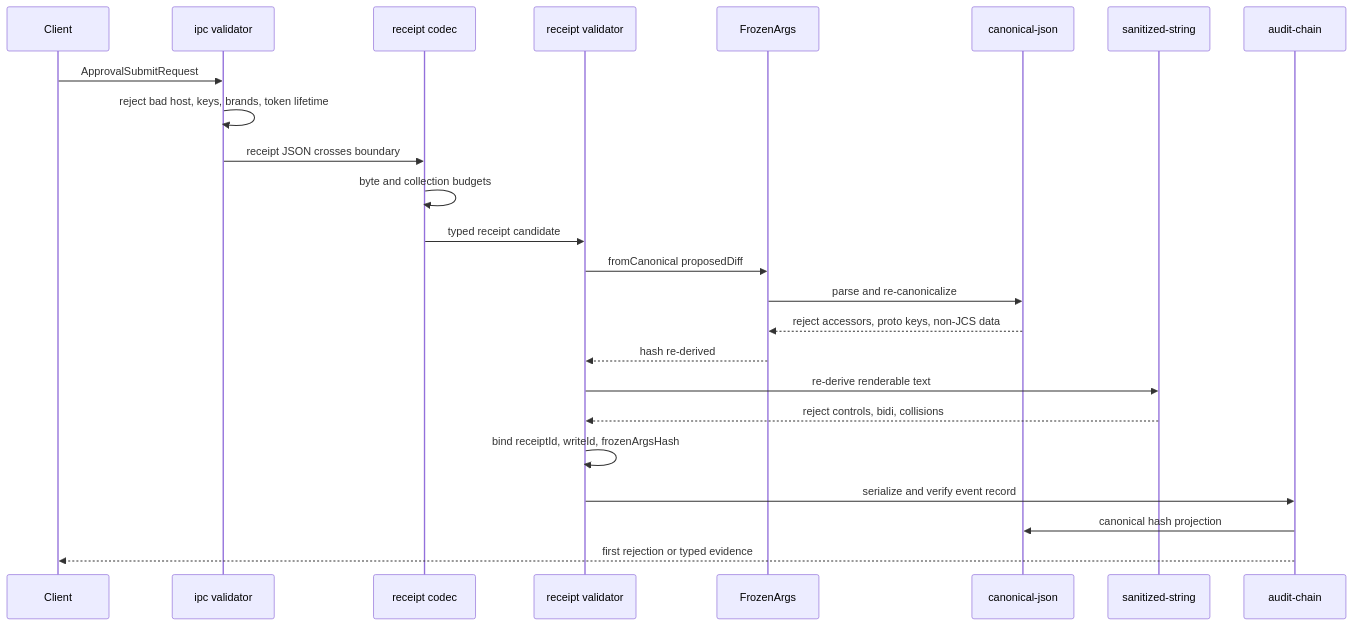
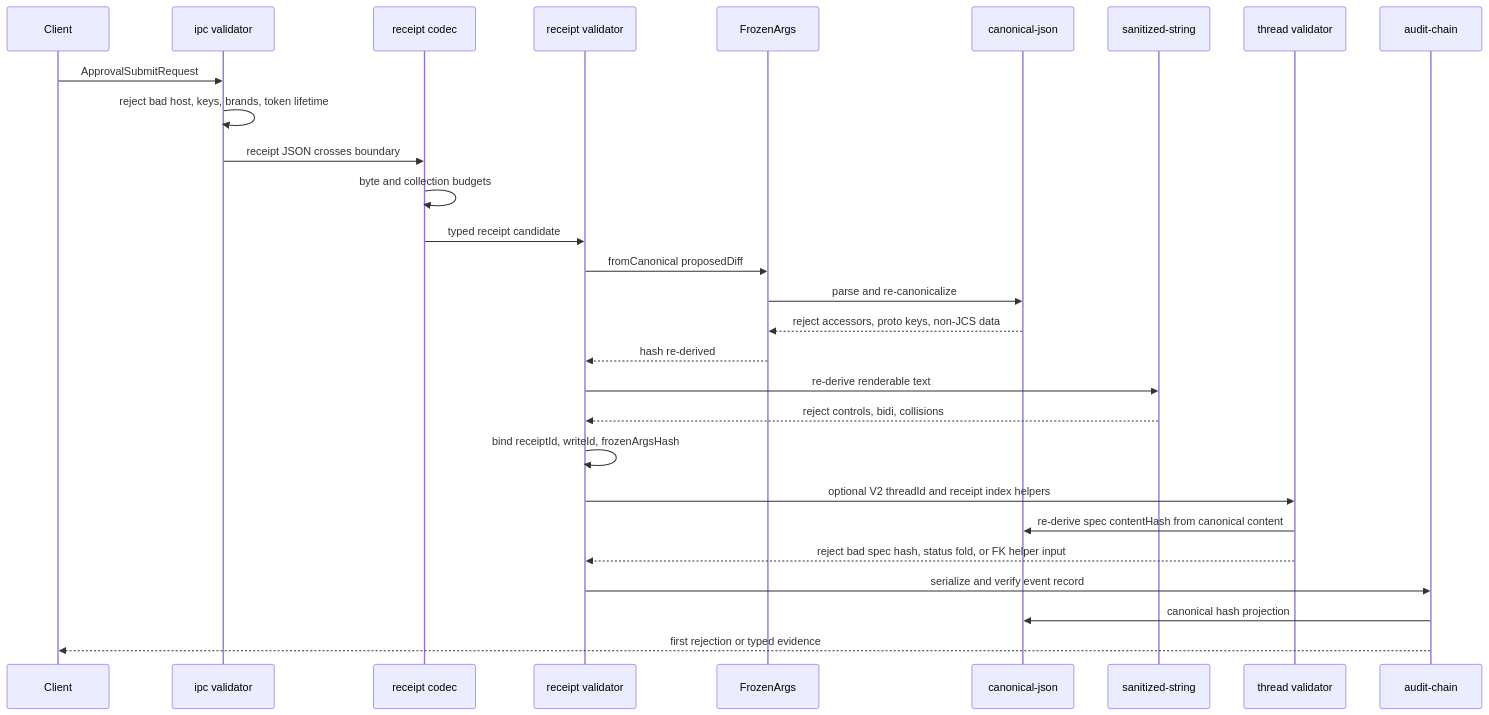
One commit to nex-crm/wuphf changed the second of 3 diagrams in packages/protocol/docs/OVERVIEW.md. Above: the diagram before and after it, drawn with Mermaid. The commit also changed other lines of this file and 3 other files, not shown here.

````diff
--- a/packages/protocol/docs/OVERVIEW.md
+++ b/packages/protocol/docs/OVERVIEW.md
@@ -96,26 +105,30 @@
 ```mermaid
 sequenceDiagram
   participant Client
   participant IPC as ipc validator
   participant Codec as receipt codec
   participant Validator as receipt validator
   participant FrozenArgs
   participant JCS as canonical-json
   participant Sanitized as sanitized-string
+  participant Thread as thread validator
   participant Audit as audit-chain
   Client->>IPC: ApprovalSubmitRequest
   IPC->>IPC: reject bad host, keys, brands, token lifetime
   IPC->>Codec: receipt JSON crosses boundary
   Codec->>Codec: byte and collection budgets
   Codec->>Validator: typed receipt candidate
   Validator->>FrozenArgs: fromCanonical proposedDiff
   FrozenArgs->>JCS: parse and re-canonicalize
   JCS-->>FrozenArgs: reject accessors, proto keys, non-JCS data
   FrozenArgs-->>Validator: hash re-derived
   Validator->>Sanitized: re-derive renderable text
   Sanitized-->>Validator: reject controls, bidi, collisions
   Validator->>Validator: bind receiptId, writeId, frozenArgsHash
+  Validator->>Thread: optional V2 threadId and receipt index helpers
+  Thread->>JCS: re-derive spec contentHash from canonical content
+  Thread-->>Validator: reject bad spec hash, status fold, or FK helper input
   Validator->>Audit: serialize and verify event record
   Audit->>JCS: canonical hash projection
   Audit-->>Client: first rejection or typed evidence
 ```
````
